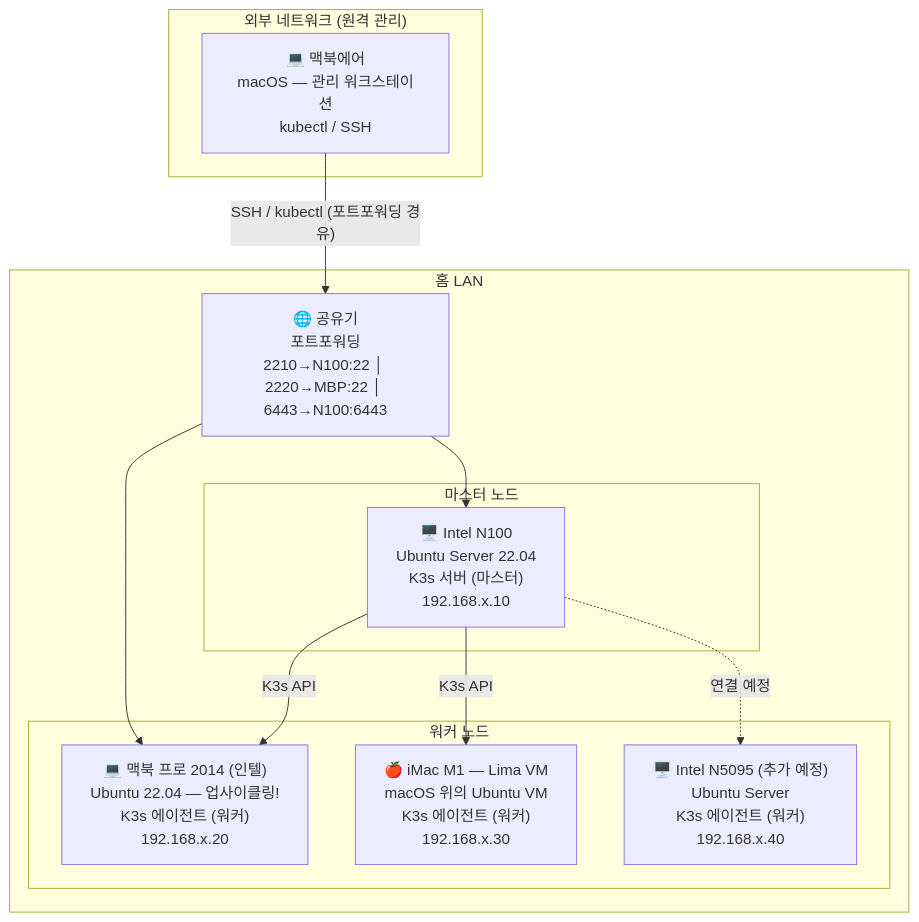
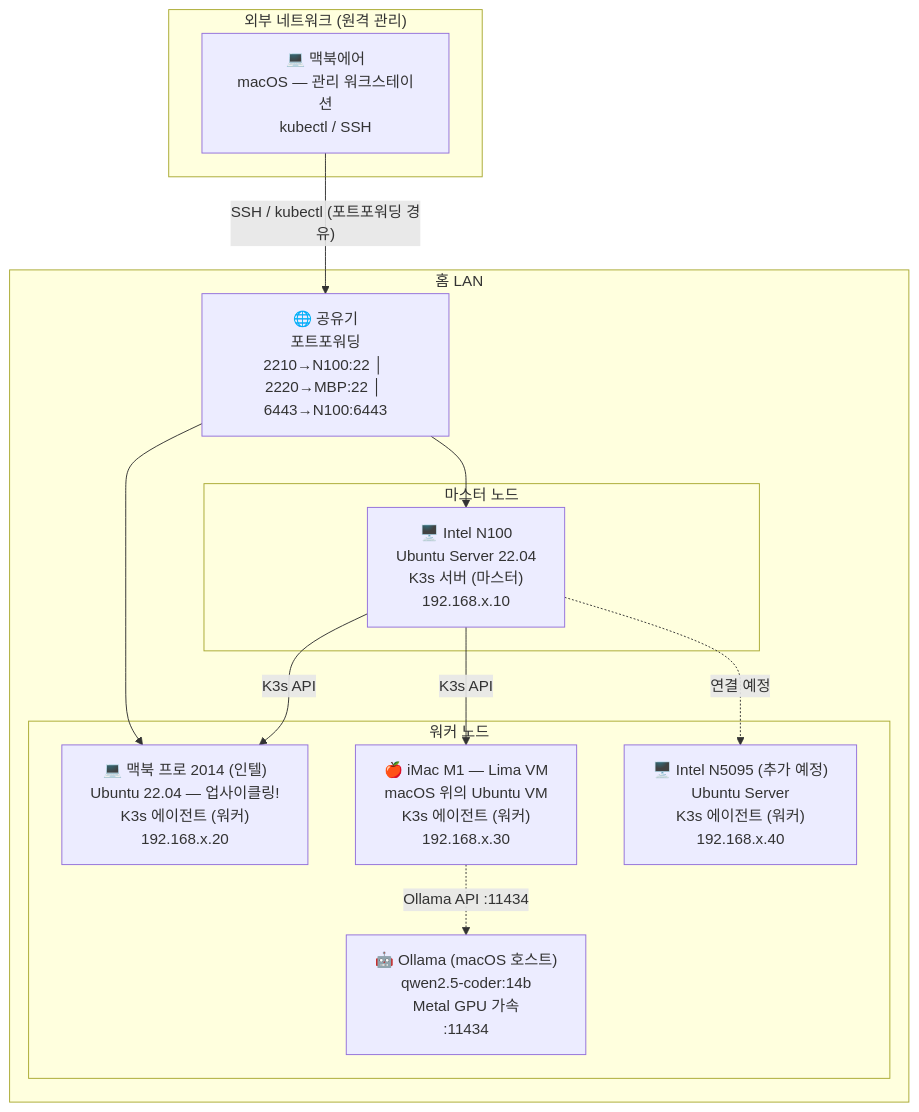
Before and after one commit to kookie2626/Hybrid-K3s-Cluster: the diagram in README.md, drawn with Mermaid. The commit also changed other lines of this file and 3 other files, not shown here.

First line of the commit message:
Add Ollama setup for iMac M1 with qwen2.5-coder:14b

````diff
--- a/README.md
+++ b/README.md
@@ -25,27 +26,29 @@
 ```mermaid
 graph TD
     subgraph EXT["외부 네트워크 (원격 관리)"]
         MBA["💻 맥북에어<br/>macOS — 관리 워크스테이션<br/>kubectl / SSH"]
     end
 
     subgraph LAN["홈 LAN"]
         ROUTER["🌐 공유기<br/>포트포워딩<br/>2210→N100:22 │ 2220→MBP:22 │ 6443→N100:6443"]
 
         subgraph MASTER["마스터 노드"]
             N100["🖥️ Intel N100<br/>Ubuntu Server 22.04<br/>K3s 서버 (마스터)<br/>192.168.x.10"]
         end
 
         subgraph WORKERS["워커 노드"]
             MBP["💻 맥북 프로 2014 (인텔)<br/>Ubuntu 22.04 — 업사이클링!<br/>K3s 에이전트 (워커)<br/>192.168.x.20"]
             LIMA["🍎 iMac M1 — Lima VM<br/>macOS 위의 Ubuntu VM<br/>K3s 에이전트 (워커)<br/>192.168.x.30"]
+            OLLAMA["🤖 Ollama (macOS 호스트)<br/>qwen2.5-coder:14b<br/>Metal GPU 가속<br/>:11434"]
             N5095["🖥️ Intel N5095 (추가 예정)<br/>Ubuntu Server<br/>K3s 에이전트 (워커)<br/>192.168.x.40"]
         end
     end
 
     MBA -- "SSH / kubectl (포트포워딩 경유)" --> ROUTER
     ROUTER --> N100
     ROUTER --> MBP
     N100 -- "K3s API" --> MBP
     N100 -- "K3s API" --> LIMA
+    LIMA -. "Ollama API :11434" .-> OLLAMA
     N100 -. "연결 예정" .-> N5095
 ```
````
